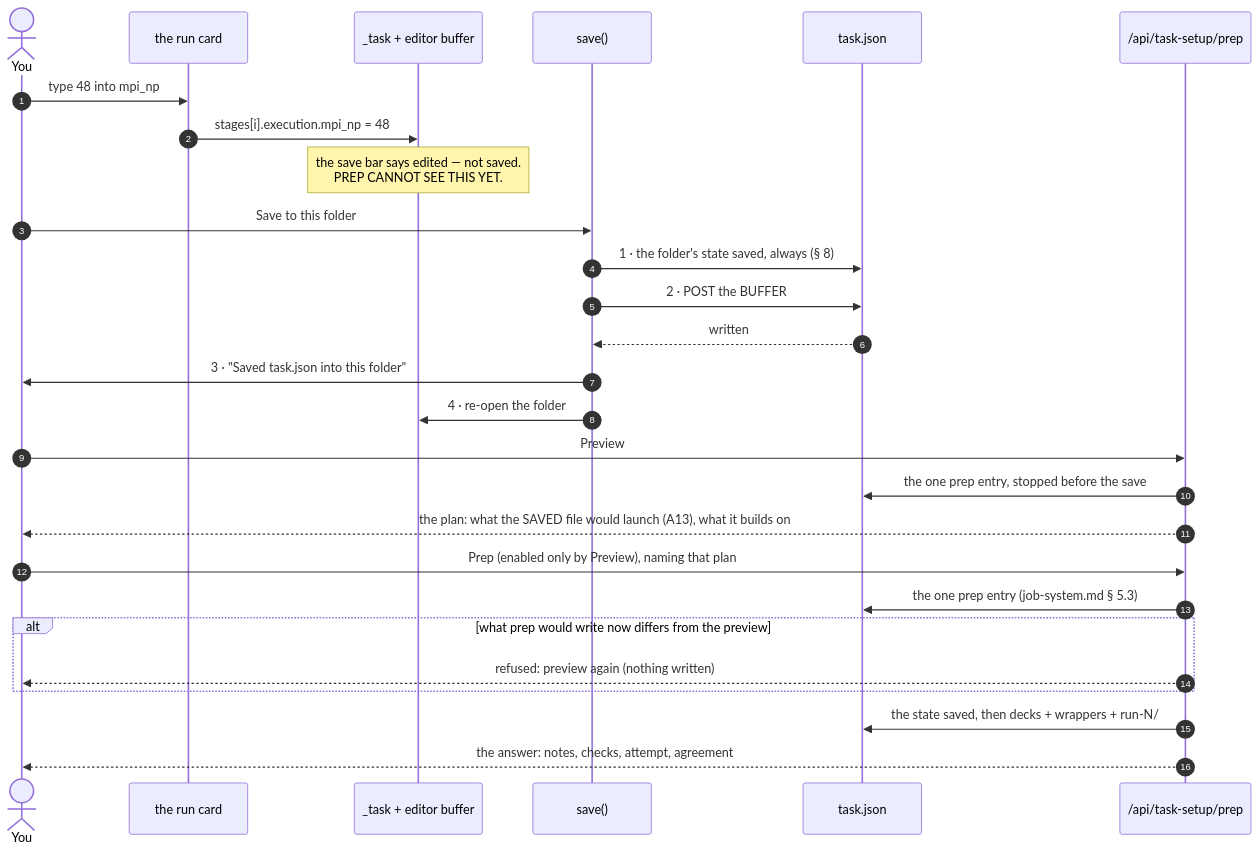
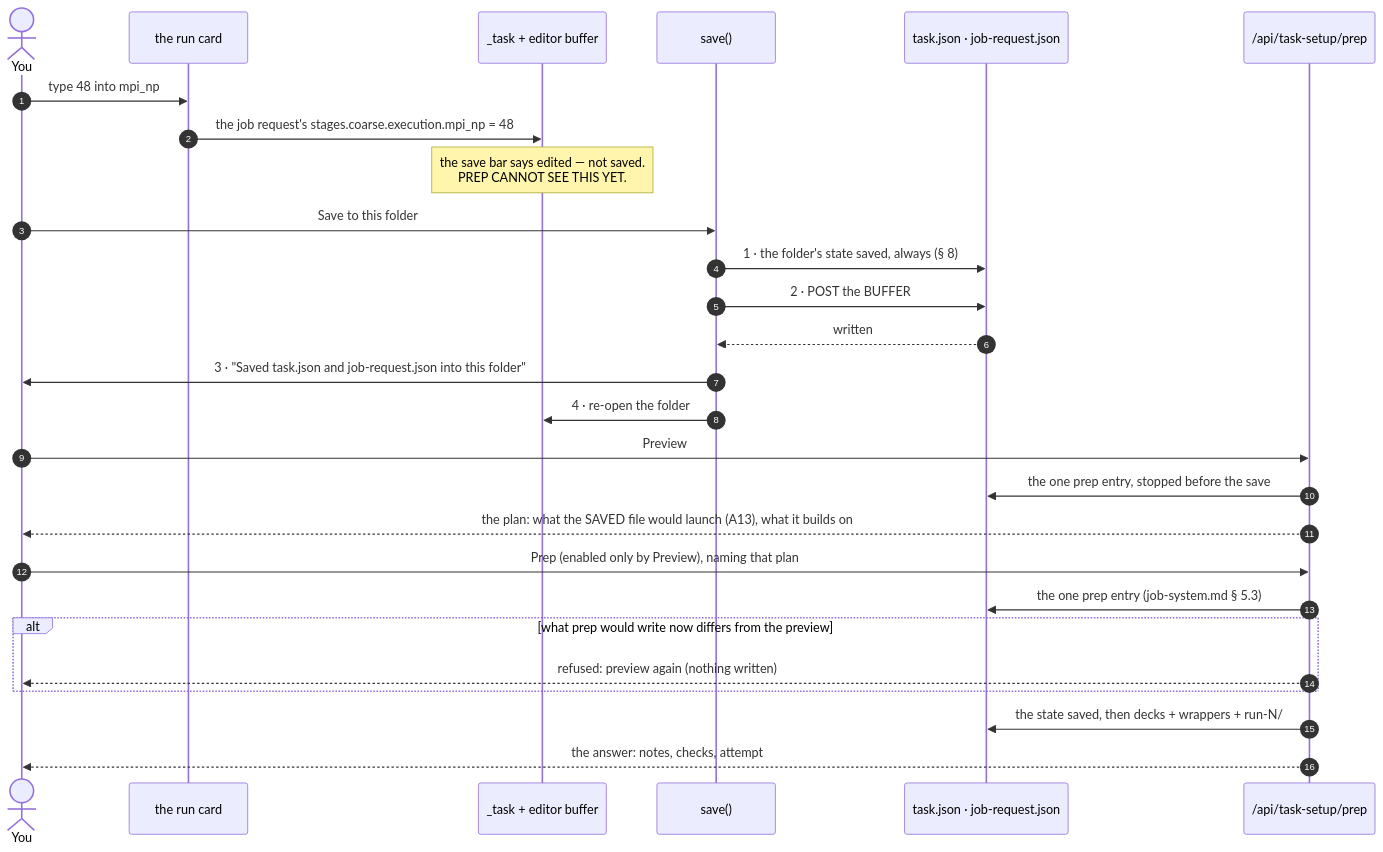
The diagram in docs/web/task-setup.md (Qing-LAB/molbuilder), drawn with Mermaid before and after one commit. The commit also changed other lines of this file and 196 other files, not shown here.

````diff
--- a/docs/web/task-setup.md
+++ b/docs/web/task-setup.md
@@ -927,32 +944,32 @@
 ```mermaid
 sequenceDiagram
     autonumber
     actor You
     participant Card as the run card
     participant Model as _task + editor buffer
     participant Save as save()
-    participant Disk as task.json
+    participant Disk as task.json · job-request.json
     participant Prep as /api/task-setup/prep
 
     You->>Card: type 48 into mpi_np
-    Card->>Model: stages[i].execution.mpi_np = 48
+    Card->>Model: the job request's stages.coarse.execution.mpi_np = 48
     Note over Model: the save bar says edited — not saved.<br/>PREP CANNOT SEE THIS YET.
 
     You->>Save: Save to this folder
     Save->>Disk: 1 · the folder's state saved, always (§ 8)
     Save->>Disk: 2 · POST the BUFFER
     Disk-->>Save: written
-    Save->>You: 3 · "Saved task.json into this folder"
+    Save->>You: 3 · "Saved task.json and job-request.json into this folder"
     Save->>Model: 4 · re-open the folder
 
     You->>Prep: Preview
     Prep->>Disk: the one prep entry, stopped before the save
     Prep-->>You: the plan: what the SAVED file would launch (A13), what it builds on
     You->>Prep: Prep (enabled only by Preview), naming that plan
     Prep->>Disk: the one prep entry (job-system.md § 5.3)
     alt what prep would write now differs from the preview
       Prep-->>You: refused: preview again (nothing written)
     end
     Prep->>Disk: the state saved, then decks + wrappers + run-N/
-    Prep-->>You: the answer: notes, checks, attempt, agreement
+    Prep-->>You: the answer: notes, checks, attempt
 ```
````
